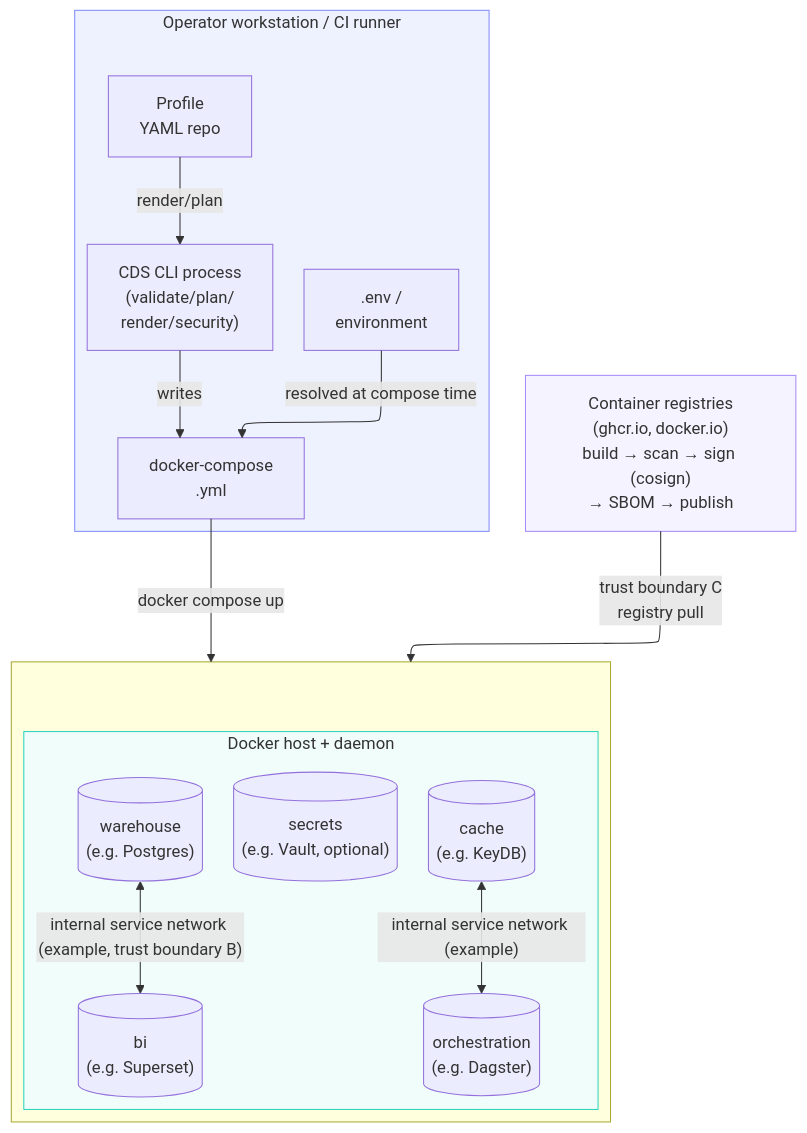
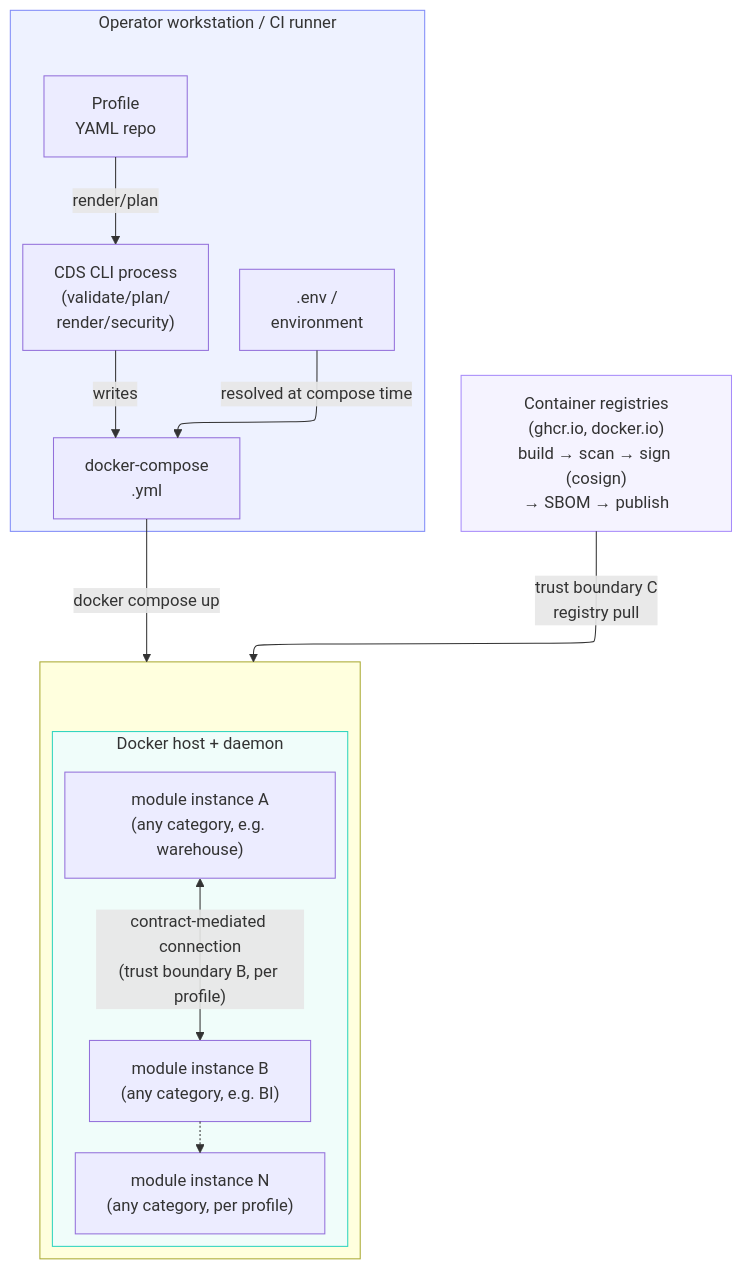
The diagram in docs/threat-model.md (RonaldHensbergen/composable-data-stack), drawn with Mermaid before and after one commit. The commit also changed other lines of this file, not shown here.

First line of the commit message:
Generalize trust-boundary diagram to interchangeable module instances

````diff
--- a/docs/threat-model.md
+++ b/docs/threat-model.md
@@ -70,37 +70,35 @@
 ```mermaid
 ---
 config:
   layout: elk
 ---
 flowchart TB
  subgraph workstation["Operator workstation / CI runner"]
         profileYaml["Profile<br>YAML repo"]
         cliProcess["CDS CLI process<br>(validate/plan/<br>render/security)"]
         envFile[".env /<br>environment"]
         dockerCompose["docker-compose<br>.yml"]
   end
  subgraph dockerDaemon["Docker host + daemon"]
-        postgres[("warehouse<br>(e.g. Postgres)")]
-        superset[("bi<br>(e.g. Superset)")]
-        keydb[("cache<br>(e.g. KeyDB)")]
-        dagster[("orchestration<br>(e.g. Dagster)")]
-        vault[("secrets<br>(e.g. Vault, optional)")]
+        moduleA["module instance A<br>(any category, e.g. warehouse)"]
+        moduleB["module instance B<br>(any category, e.g. BI)"]
+        moduleN["module instance N<br>(any category, per profile)"]
   end
  subgraph trustBoundaryA[" "]
         dockerDaemon
   end
     envFile -- "resolved at compose time" --> dockerCompose
     profileYaml -- "render/plan" --> cliProcess
     cliProcess -- "writes" --> dockerCompose
     dockerCompose -- "docker compose up" --> trustBoundaryA
-    postgres <-- "internal service network (example, trust boundary B)" --> superset
-    keydb <-- "internal service network (example)" --> dagster
+    moduleA <-- "contract-mediated connection<br>(trust boundary B, per profile)" --> moduleB
+    moduleB -.-> moduleN
     registries["Container registries<br>(ghcr.io, docker.io)<br>build → scan → sign (cosign)<br>→ SBOM → publish"] -- "trust boundary C<br>registry pull" --> trustBoundaryA
 
      workstation:::workstationStyle
      dockerDaemon:::dockerStyle
      registries:::registryStyle
     classDef workstationStyle fill:#eef2ff,stroke:#818cf8
     classDef dockerStyle fill:#f0fdfa,stroke:#2dd4bf
     classDef registryStyle fill:#f5f3ff,stroke:#a78bfa
 ```
````
